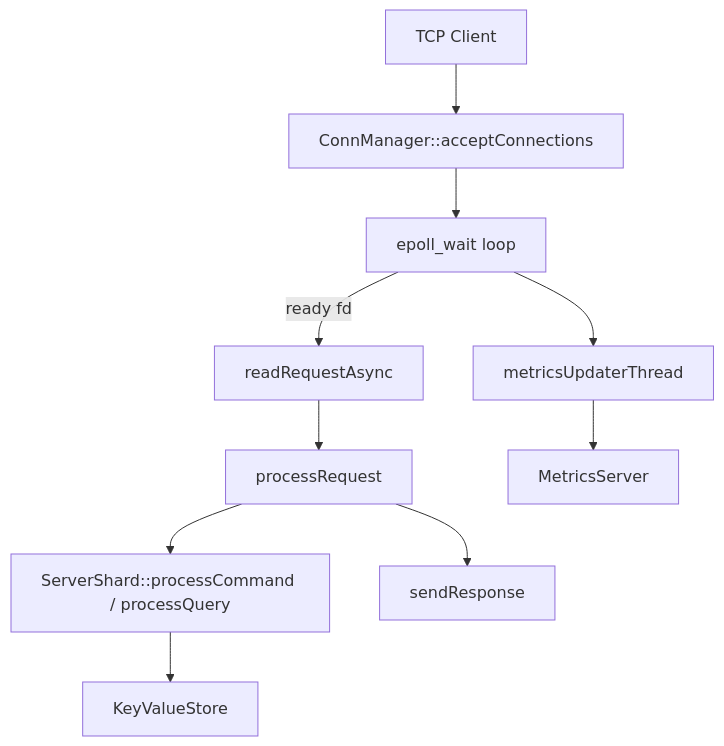
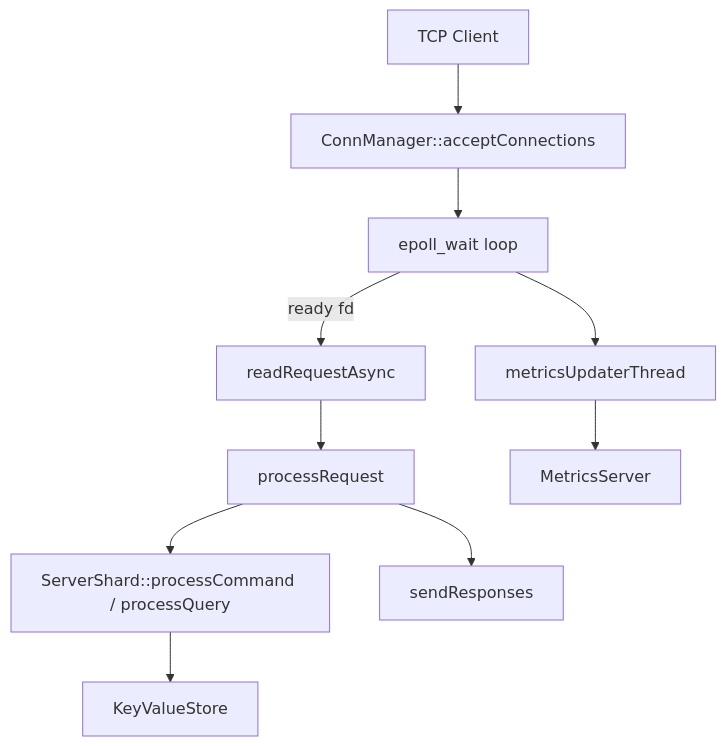
One commit to MisterVVP/poor-man-s-cache changed the first of 4 diagrams in docs/design.md. Above: the diagram before and after it, drawn with Mermaid. The commit also changed other lines of this file, not shown here.

````diff
--- a/docs/design.md
+++ b/docs/design.md
@@ -5,11 +5,11 @@
 ```mermaid
 graph TD
     A[TCP Client] --> B[ConnManager::acceptConnections]
     B --> C[epoll_wait loop]
     C -->|ready fd| D[readRequestAsync]
     D --> E[processRequest]
     E --> F[ServerShard::processCommand / processQuery]
     F --> G[KeyValueStore]
-    E --> H[sendResponse]
+    E --> H[sendResponses]
     C --> I[metricsUpdaterThread] --> J[MetricsServer]
 ```
````
